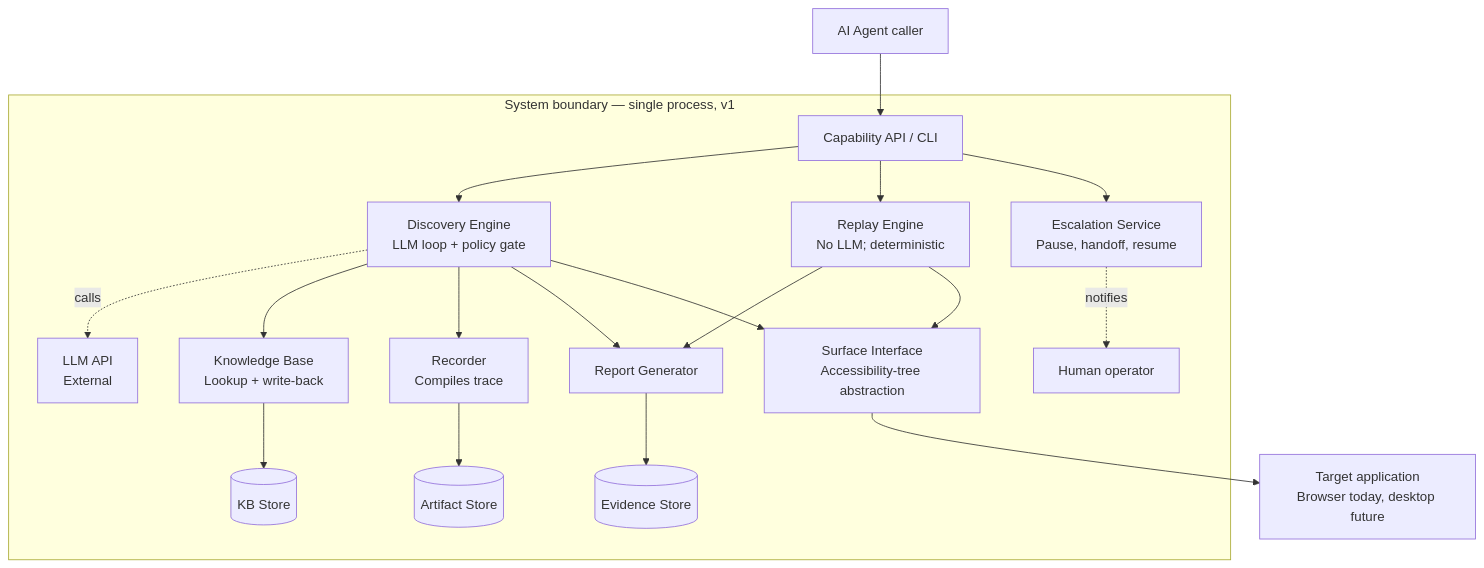
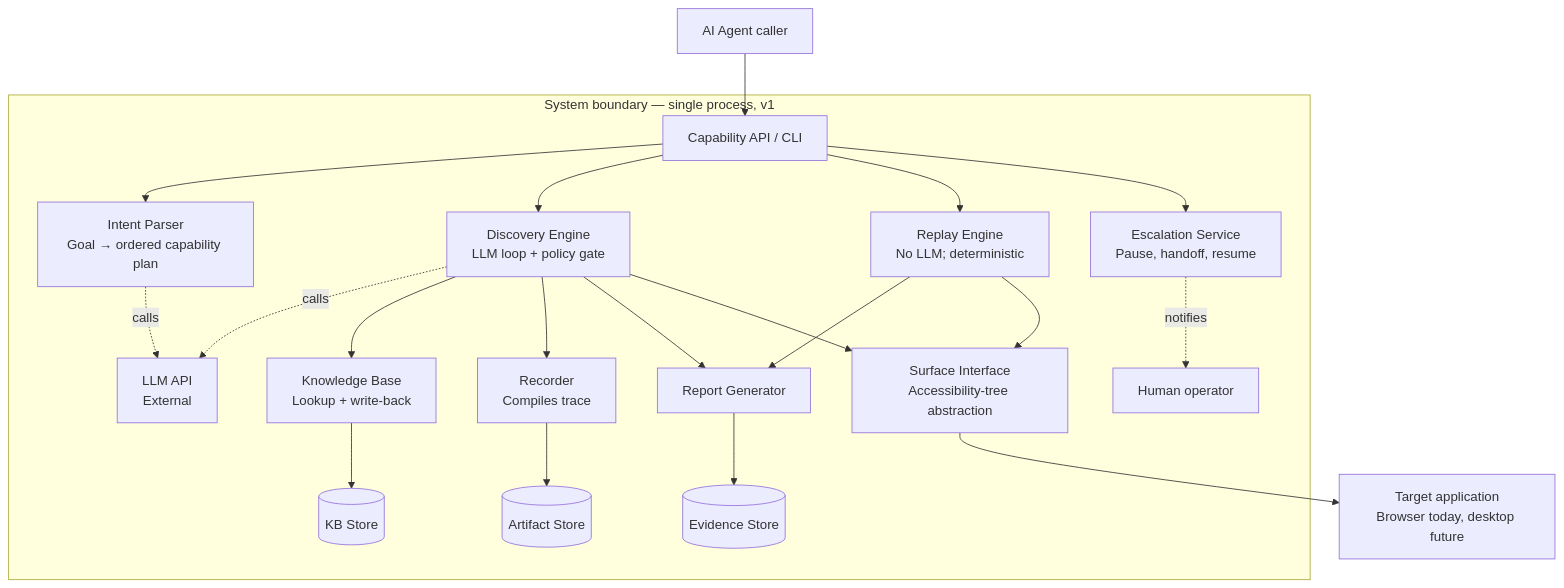
Before and after one commit to bhavik168/computer-use-capability-engine: the first of 2 diagrams in ARCHITECTURE.md, drawn with Mermaid. The commit also changed other lines of this file and 7 other files, not shown here.

Commit message:
Added Intent parser

````diff
--- a/ARCHITECTURE.md
+++ b/ARCHITECTURE.md
@@ -24,32 +24,34 @@
 ```mermaid
 flowchart TB
     LLM[LLM API<br/>External]
     Agent[AI Agent caller]
     Human[Human operator]
 
     Agent --> API
 
     subgraph Boundary["System boundary — single process, v1"]
         API[Capability API / CLI]
+        API --> Intent[Intent Parser<br/>Goal → ordered capability plan]
+        Intent -.calls.-> LLM
         API --> Discovery[Discovery Engine<br/>LLM loop + policy gate]
         API --> Replay[Replay Engine<br/>No LLM; deterministic]
         API --> Escalation[Escalation Service<br/>Pause, handoff, resume]
 
         Discovery -.calls.-> LLM
         Escalation -.notifies.-> Human
 
         Discovery --> KB[Knowledge Base<br/>Lookup + write-back]
         Discovery --> Recorder[Recorder<br/>Compiles trace]
         Discovery --> ReportGen[Report Generator]
         Replay --> ReportGen
 
         KB --> KBStore[(KB Store)]
         Recorder --> ArtifactStore[(Artifact Store)]
         ReportGen --> EvidenceStore[(Evidence Store)]
 
         Discovery --> Surface[Surface Interface<br/>Accessibility-tree abstraction]
         Replay --> Surface
     end
 
     Surface --> Target[Target application<br/>Browser today, desktop future]
 ```
````
